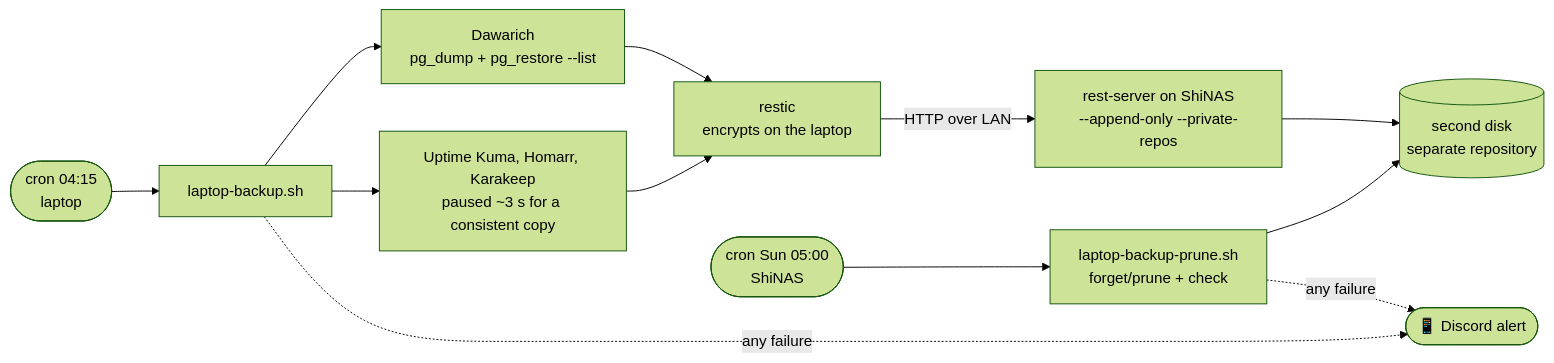
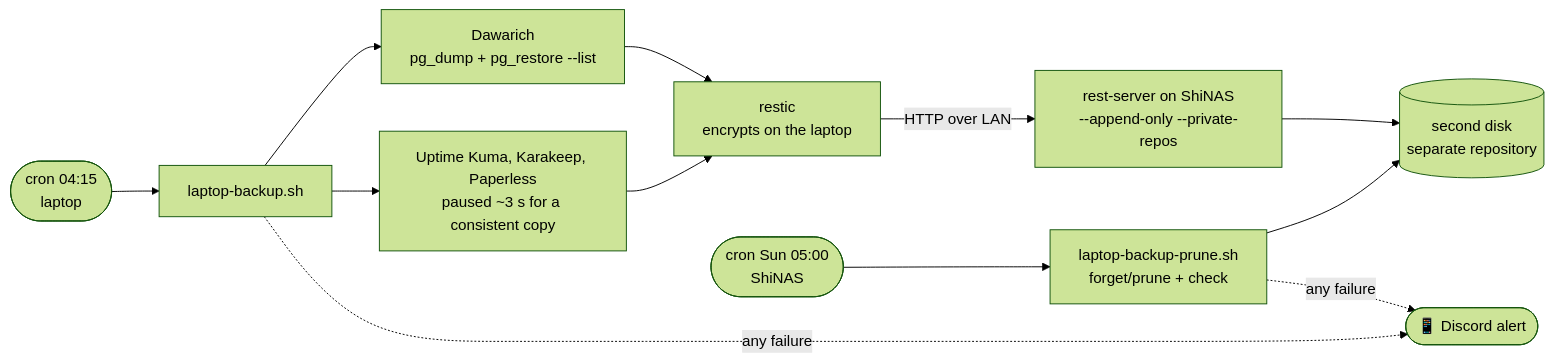
The second of 2 diagrams in docs/infrastructure/backups.md (Shineori/homelab), drawn with Mermaid (forest theme) before and after one commit. The commit also changed other lines of this file and 12 other files, not shown here.

First line of the commit message:
Add Paperless to the nightly ShineoriServer backup; retire Homarr

````diff
--- a/docs/infrastructure/backups.md
+++ b/docs/infrastructure/backups.md
@@ -154,14 +154,14 @@
 ```mermaid
 flowchart LR
     cron([cron 04:15<br/>laptop]) --> s[laptop-backup.sh]
     s --> d[Dawarich<br/>pg_dump + pg_restore --list]
-    s --> p[Uptime Kuma, Homarr, Karakeep<br/>paused ~3 s for a consistent copy]
+    s --> p[Uptime Kuma, Karakeep, Paperless<br/>paused ~3 s for a consistent copy]
     d --> r[restic<br/>encrypts on the laptop]
     p --> r
     r -- HTTP over LAN --> rs[rest-server on ShiNAS<br/>--append-only --private-repos]
     rs --> repo[(second disk<br/>separate repository)]
     nas([cron Sun 05:00<br/>ShiNAS]) --> pr[laptop-backup-prune.sh<br/>forget/prune + check]
     pr --> repo
     s -. any failure .-> dc([📱 Discord alert])
     pr -. any failure .-> dc
 ```
````
